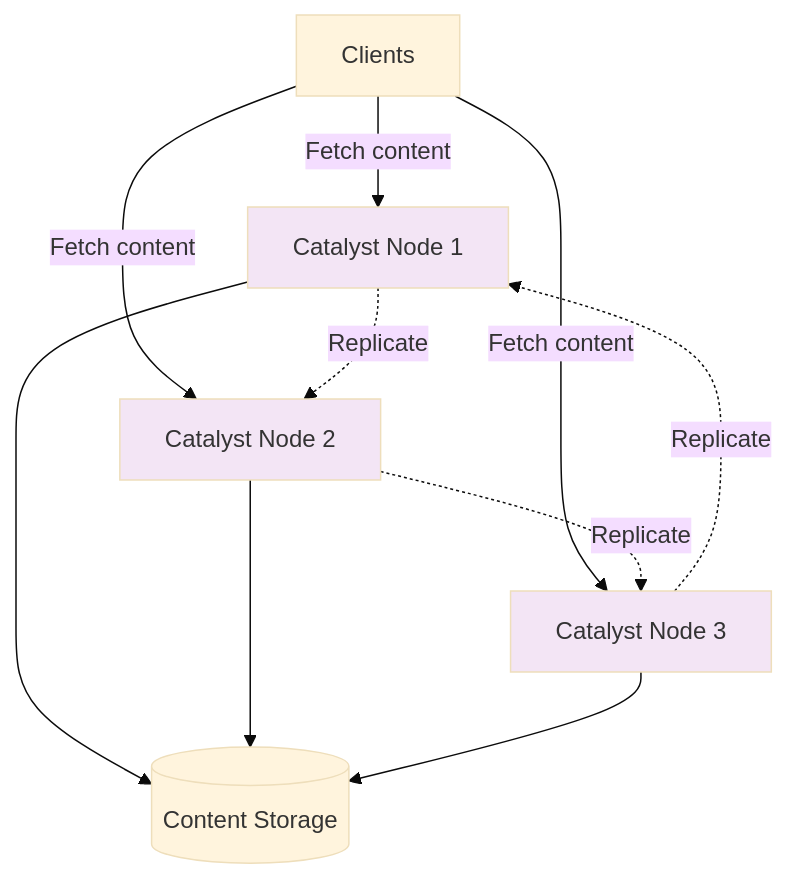
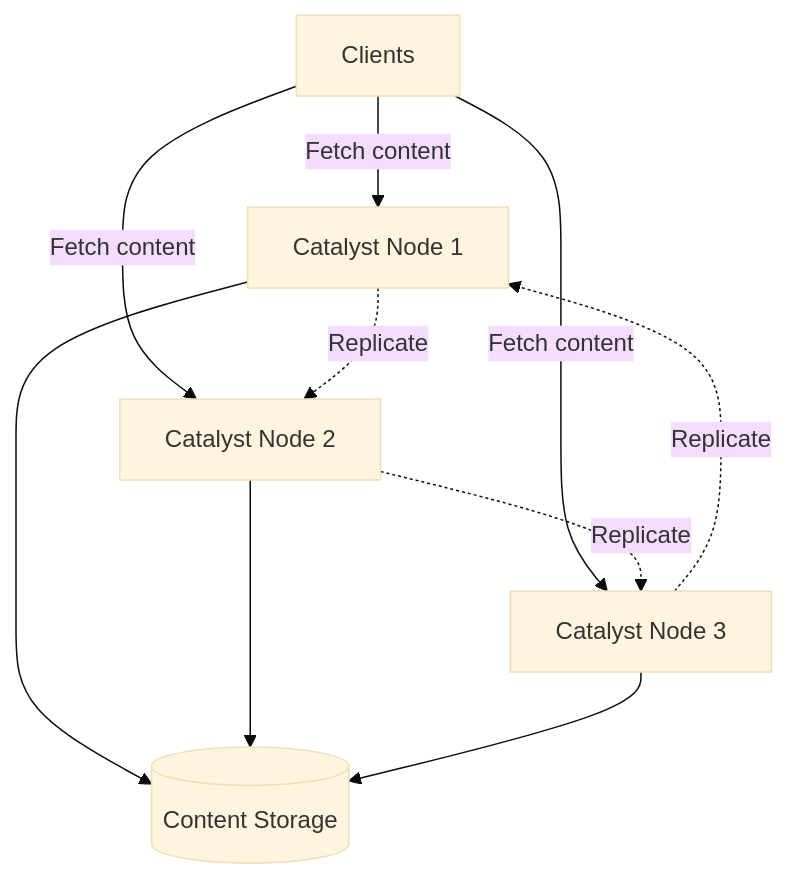
The first of 5 diagrams in contributor/architecture/catalyst.md (drkrillo/docs), drawn with Mermaid (base theme) before and after one commit. The commit also changed other lines of this file and 2 other files, not shown here.

Commit message:
docs: mermeid update

````diff
--- a/contributor/architecture/catalyst.md
+++ b/contributor/architecture/catalyst.md
@@ -7,24 +7,20 @@
 ```mermaid
 flowchart TB
     Client[Clients]
     Node1[Catalyst Node 1]
     Node2[Catalyst Node 2]
     Node3[Catalyst Node 3]
     Content[(Content Storage)]
     
     Client -->|Fetch content| Node1
     Client -->|Fetch content| Node2
     Client -->|Fetch content| Node3
     
     Node1 -.->|Replicate| Node2
     Node2 -.->|Replicate| Node3
     Node3 -.->|Replicate| Node1
     
     Node1 --> Content
     Node2 --> Content
     Node3 --> Content
-    
-    style Node1 fill:#f3e5f5
-    style Node2 fill:#f3e5f5
-    style Node3 fill:#f3e5f5
 ```
````
